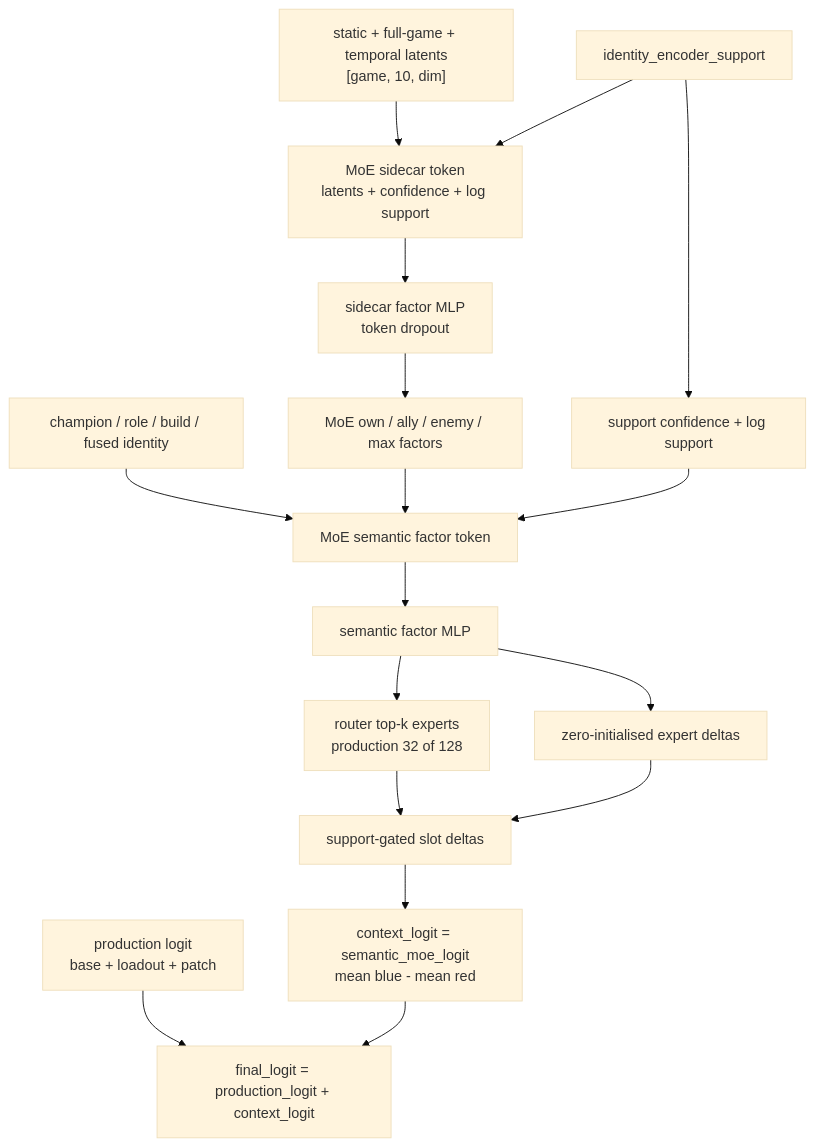
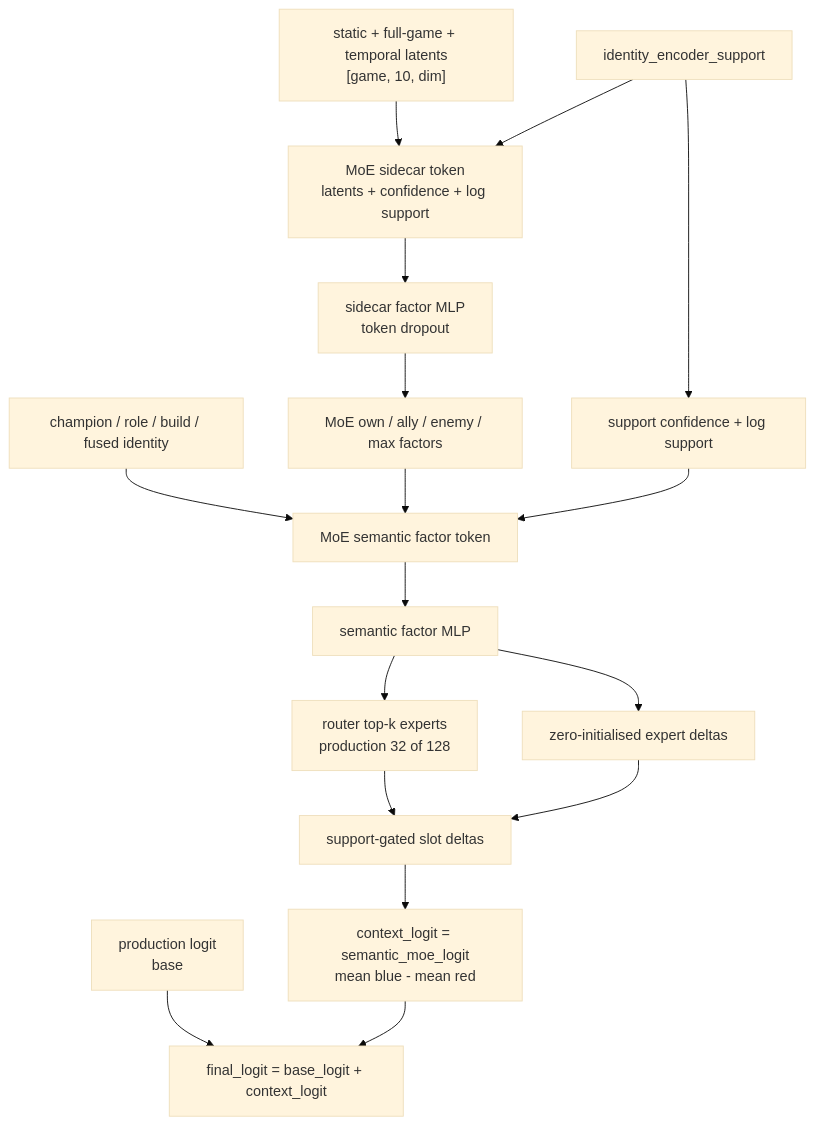
Before and after one commit to JackLGZimmerman/riot-api-ecosystem: the second of 2 diagrams in app/ml/documentation/HGNN_CURRENT.md, drawn with Mermaid (base theme). The commit also changed other lines of this file and 23 other files, not shown here.

First line of the commit message:
Remove summoner-spell/rune (loadout) and patch heads from HGNN win model

````diff
--- a/app/ml/documentation/HGNN_CURRENT.md
+++ b/app/ml/documentation/HGNN_CURRENT.md
@@ -269,20 +250,20 @@
 ```mermaid
 flowchart TD
     support["identity_encoder_support"] --> gate["support confidence + log support"]
     sidecars["static + full-game + temporal latents<br/>[game, 10, dim]"] --> sidecar_token["MoE sidecar token<br/>latents + confidence + log support"]
     support --> sidecar_token
     sidecar_token --> sidecar_factor["sidecar factor MLP<br/>token dropout"]
     sidecar_factor --> moe_context["MoE own / ally / enemy / max factors"]
     identity["champion / role / build / fused identity"] --> moe_token["MoE semantic factor token"]
     moe_context --> moe_token
     gate --> moe_token
     moe_token --> factor["semantic factor MLP"]
     factor --> router["router top-k experts<br/>production 32 of 128"]
     factor --> experts["zero-initialised expert deltas"]
     router --> moe_slots["support-gated slot deltas"]
     experts --> moe_slots
     moe_slots --> context["context_logit = semantic_moe_logit<br/>mean blue - mean red"]
 
-    production["production logit<br/>base + loadout + patch"] --> final["final_logit = production_logit + context_logit"]
+    production["production logit<br/>base"] --> final["final_logit = base_logit + context_logit"]
     context --> final
 ```
````
